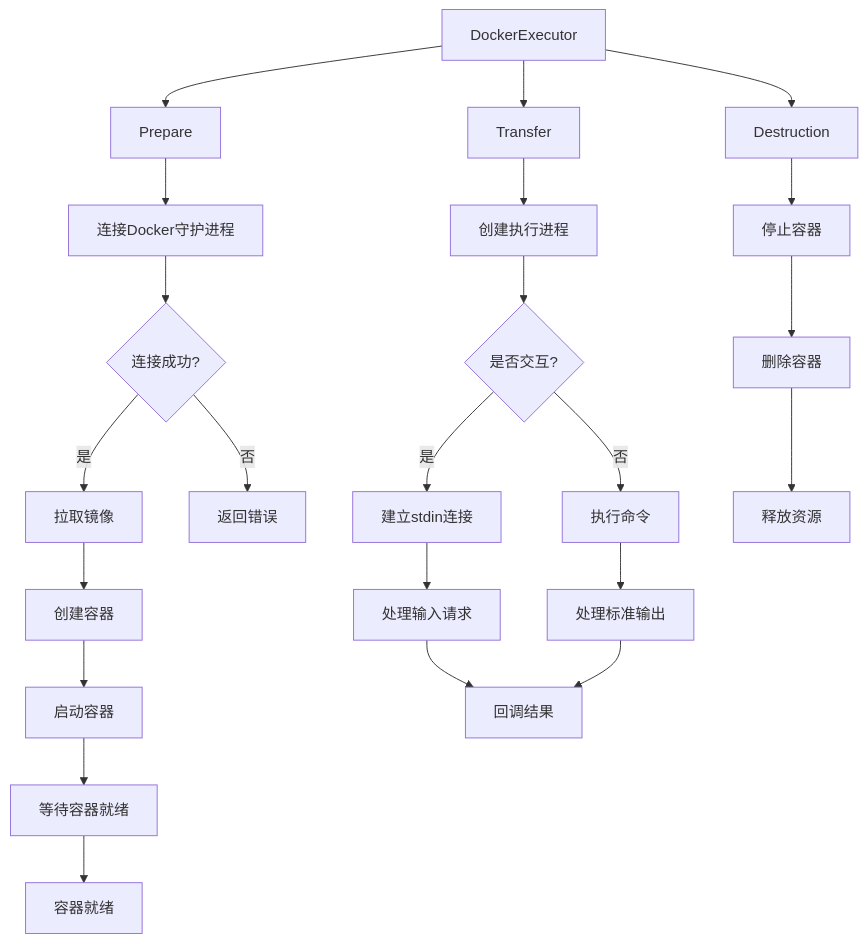
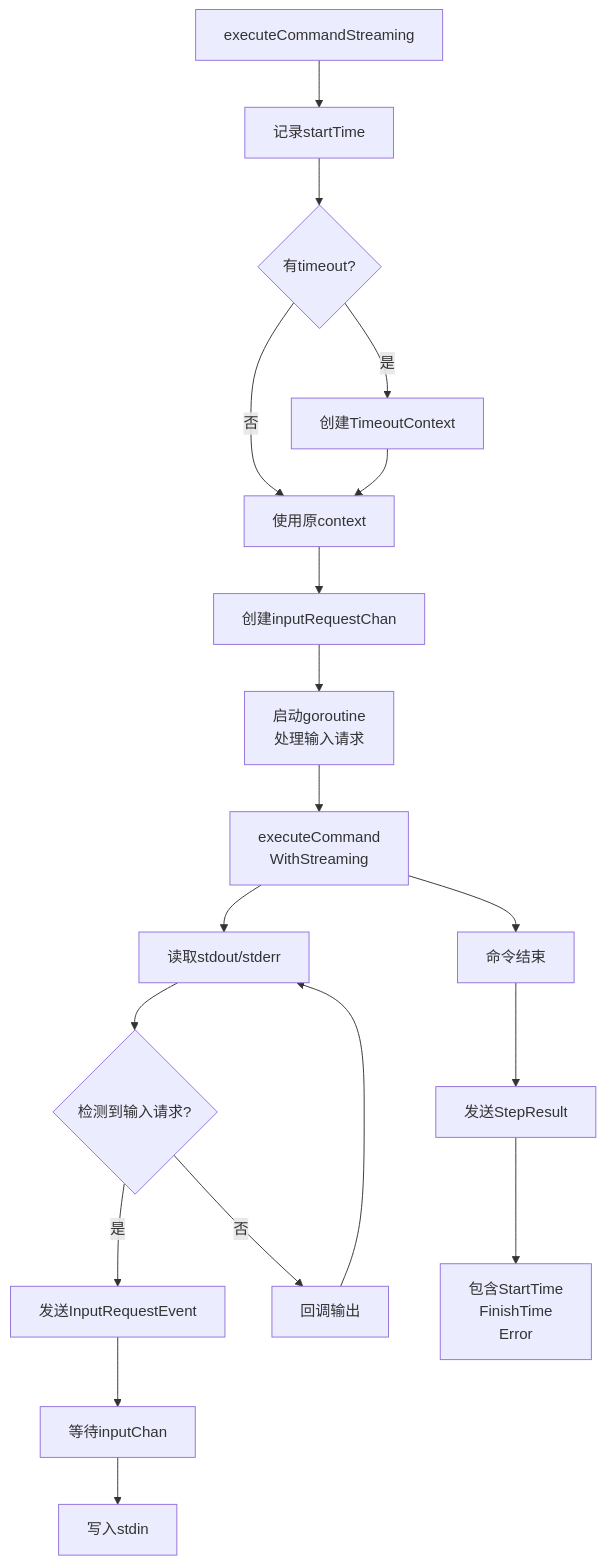
The fourth of 13 diagrams in executor/FLOWS.md (LerkoX/flowx), drawn with Mermaid before and after one commit. The commit also changed other lines of this file and 6 other files, not shown here.

First line of the commit message:
docs: enhance module flow diagrams with detailed implementation flows

````diff
--- a/executor/FLOWS.md
+++ b/executor/FLOWS.md
@@ -57,30 +94,25 @@
 ```mermaid
 flowchart TD
-    A[DockerExecutor] --> B[Prepare]
-    B --> C[连接Docker守护进程]
-    C --> D{连接成功?}
-    D -->|是| E[拉取镜像]
-    D -->|否| F[返回错误]
+    A[executeCommandStreaming] --> B[记录startTime]
+    B --> C{有timeout?}
+    C -->|是| D[创建TimeoutContext]
+    C -->|否| E[使用原context]
 
-    E --> G[创建容器]
-    G --> H[启动容器]
-    H --> I[等待容器就绪]
-    I --> J[容器就绪]
+    D --> E
+    E --> F[创建inputRequestChan]
+    F --> G[启动goroutine<br/>处理输入请求]
 
-    A --> K[Transfer]
-    K --> L[创建执行进程]
-    L --> M{是否交互?}
-    M -->|是| N[建立stdin连接]
-    M -->|否| O[执行命令]
+    G --> H[executeCommand<br/>WithStreaming]
 
-    N --> P[处理输入请求]
-    O --> Q[处理标准输出]
+    H --> I[读取stdout/stderr]
+    I --> J{检测到输入请求?}
+    J -->|是| K[发送InputRequestEvent]
+    J -->|否| L[回调输出]
+    K --> M[等待inputChan]
+    M --> N[写入stdin]
+    L --> I
 
-    P --> R[回调结果]
-    Q --> R
-
-    A --> S[Destruction]
-    S --> T[停止容器]
-    T --> U[删除容器]
-    U --> V[释放资源]
+    H --> O[命令结束]
+    O --> P[发送StepResult]
+    P --> Q[包含StartTime<br/>FinishTime<br/>Error]
 ```
````
